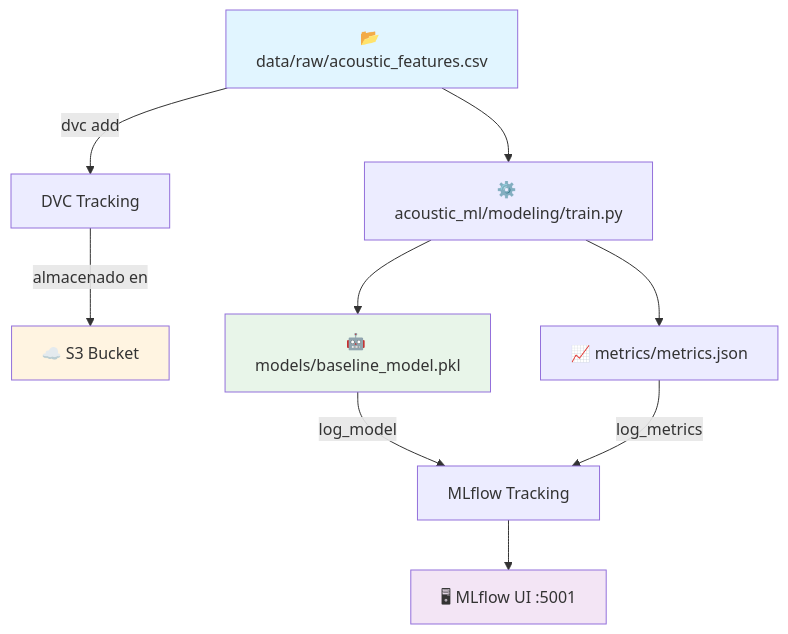
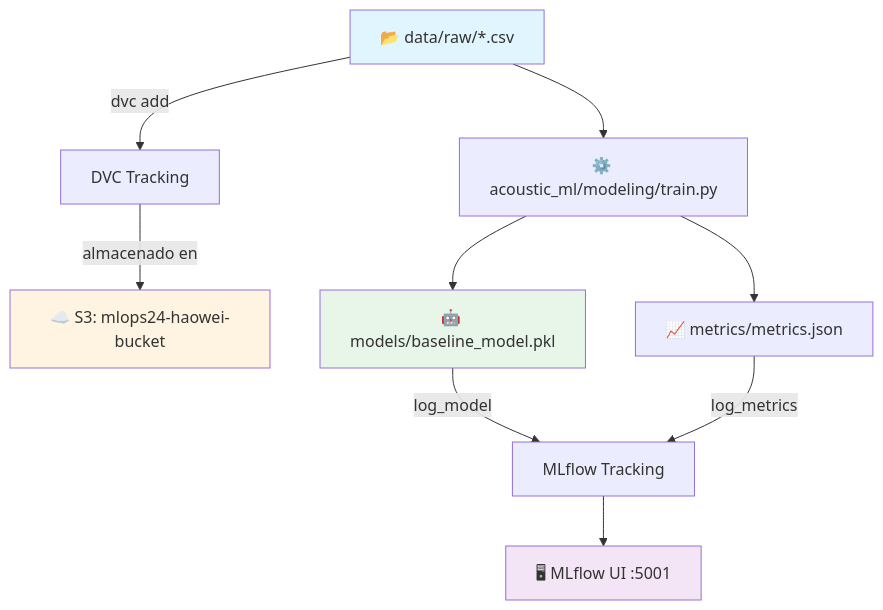
The diagram in README.md (jrebull/MLOps_Team24), drawn with Mermaid before and after one commit. The commit also changed other lines of this file, not shown here.

````diff
--- a/README.md
+++ b/README.md
@@ -499,16 +726,16 @@
 ```mermaid
 flowchart TD
-    A[📂 data/raw/acoustic_features.csv] -->|dvc add| B[DVC Tracking]
-    B -->|almacenado en| C[☁️ S3 Bucket]
+    A[📂 data/raw/*.csv] -->|dvc add| B[DVC Tracking]
+    B -->|almacenado en| C[☁️ S3: mlops24-haowei-bucket]
     A --> D[⚙️ acoustic_ml/modeling/train.py]
     D --> E[🤖 models/baseline_model.pkl]
     D --> F[📈 metrics/metrics.json]
     E -->|log_model| G[MLflow Tracking]
     F -->|log_metrics| G
     G --> H[🖥 MLflow UI :5001]
     
     style A fill:#e1f5ff
     style C fill:#fff4e1
     style E fill:#e8f5e9
     style H fill:#f3e5f5
 ```
````
